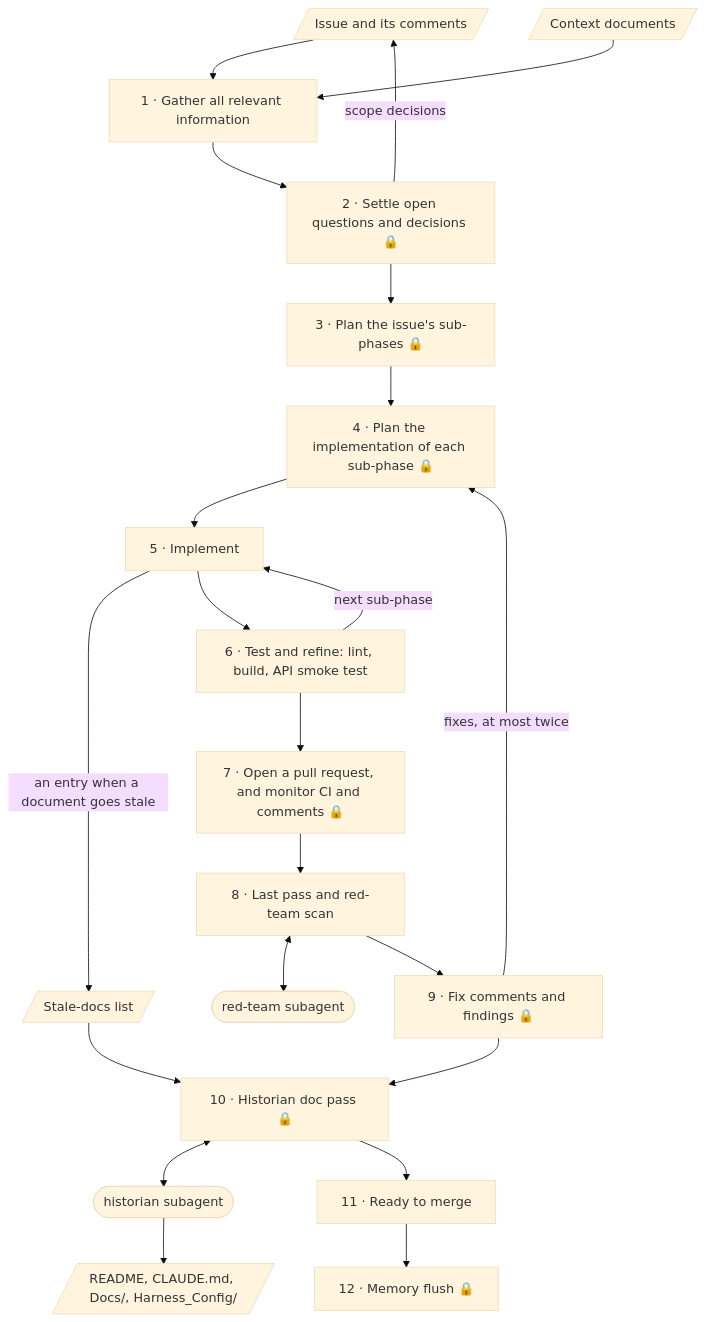
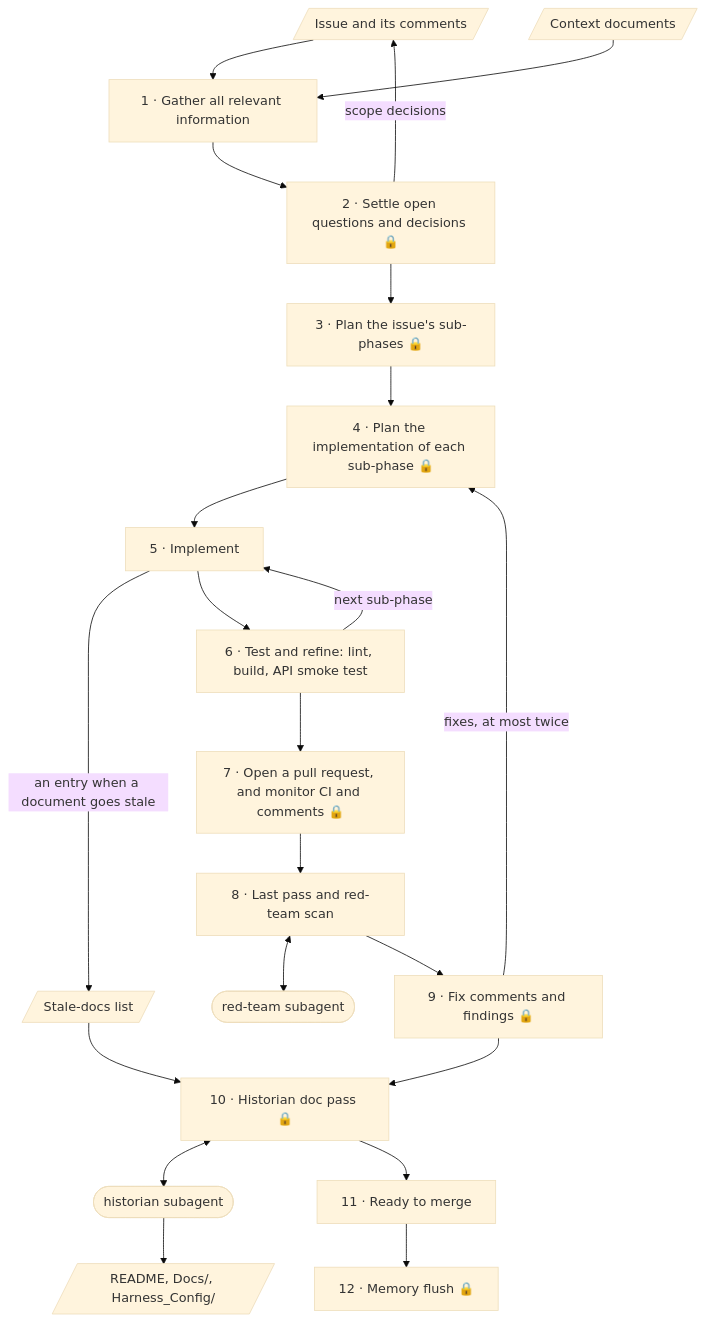
One commit to MatheusCastro99/InvoiceMe changed the diagram in Harness_Config/Context/Development_Workflow.md. Above: the diagram before and after it, drawn with Mermaid (base theme). The commit also changed other lines of this file and 2 other files, not shown here.

Commit message:
docs: mark harness onboarding agents step done, align historian scope

````diff
--- a/Harness_Config/Context/Development_Workflow.md
+++ b/Harness_Config/Context/Development_Workflow.md
@@ -120,40 +120,40 @@
 ```mermaid
 flowchart TD
     ISSUE[/"Issue and its comments"/]
     CTX[/"Context documents"/]
     LIST[/"Stale-docs list"/]
-    DOCS[/"README, CLAUDE.md, Docs/, Harness_Config/"/]
+    DOCS[/"README, Docs/, Harness_Config/"/]
     RT(["red-team subagent"])
     HI(["historian subagent"])
 
     S1["1 · Gather all relevant information"]
     S2["2 · Settle open questions and decisions 🔒"]
     S3["3 · Plan the issue's sub-phases 🔒"]
     S4["4 · Plan the implementation of each sub-phase 🔒"]
     S5["5 · Implement"]
     S6["6 · Test and refine: lint, build, API smoke test"]
     S7["7 · Open a pull request, and monitor CI and comments 🔒"]
     S8["8 · Last pass and red-team scan"]
     S9["9 · Fix comments and findings 🔒"]
     S10["10 · Historian doc pass 🔒"]
     S11["11 · Ready to merge"]
     S12["12 · Memory flush 🔒"]
 
     ISSUE --> S1
     CTX --> S1
     S1 --> S2
     S2 -- "scope decisions" --> ISSUE
     S2 --> S3 --> S4 --> S5
     S5 -- "an entry when a document goes stale" --> LIST
     S5 --> S6
     S6 -- "next sub-phase" --> S5
     S6 --> S7 --> S8
     S8 <--> RT
     S8 --> S9
     S9 -- "fixes, at most twice" --> S4
     S9 --> S10
     LIST --> S10
     S10 <--> HI
     HI --> DOCS
     S10 --> S11 --> S12
 ```
````
